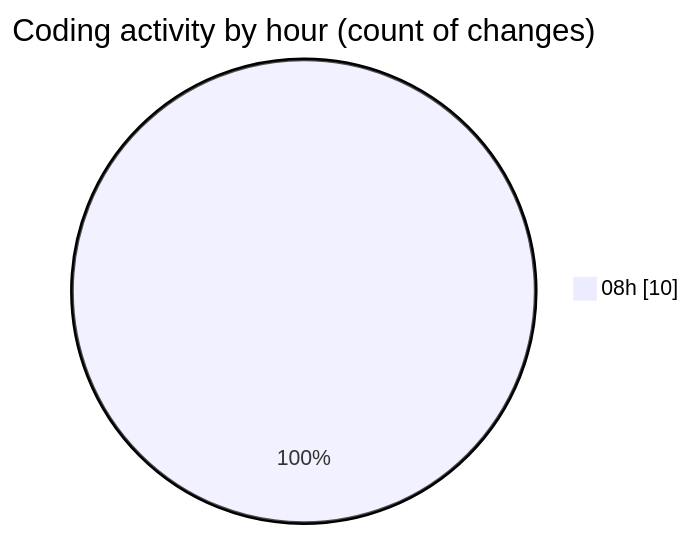
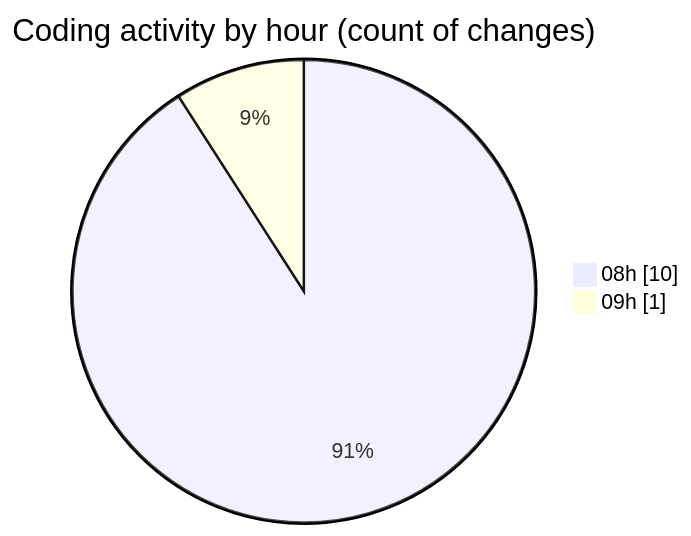
The second of 2 diagrams in 2026-05-19/cilapp/README.md (ricardozamudiocil/code-tracking), drawn with Mermaid before and after one commit. The commit also changed other lines of this file and 1 other file, not shown here.

````diff
--- a/2026-05-19/cilapp/README.md
+++ b/2026-05-19/cilapp/README.md
@@ -31,5 +31,6 @@
 ```mermaid
 pie showData
 title Coding activity by hour (count of changes)
 "08h" : 10
+"09h" : 1
 ```
````
